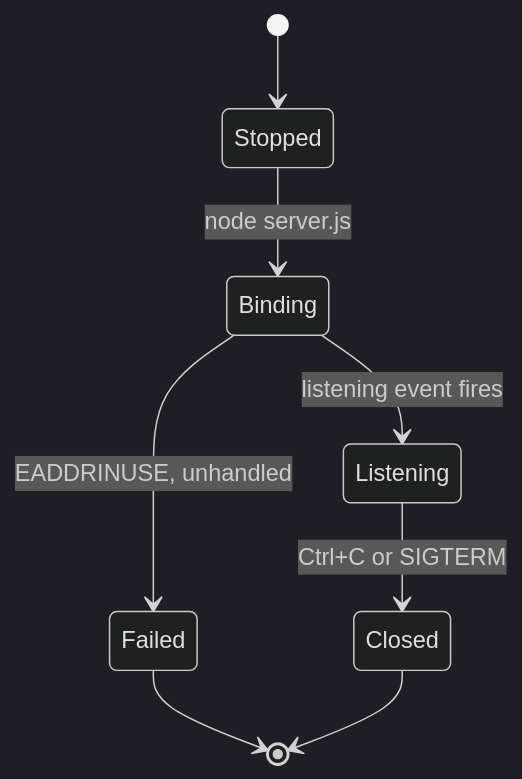
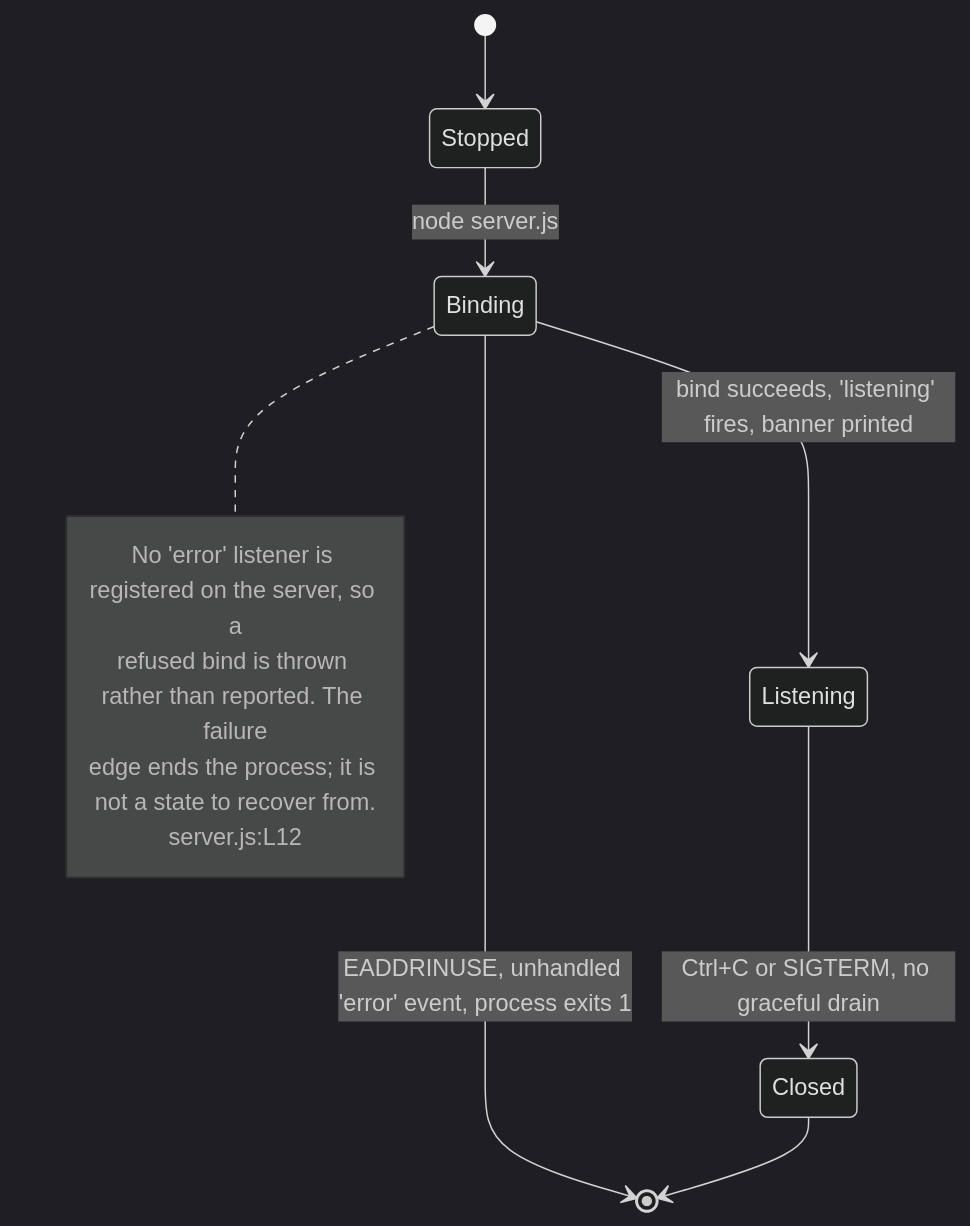
The third of 3 diagrams in docs/architecture/overview.md (Sandeep01Kumar/existing-projects-qa-test-03-dec), drawn with Mermaid (dark theme) before and after one commit. The commit also changed other lines of this file, not shown here.

````diff
--- a/docs/architecture/overview.md
+++ b/docs/architecture/overview.md
@@ -89,10 +201,15 @@
 ```mermaid
 stateDiagram-v2
     [*] --> Stopped
     Stopped --> Binding : node server.js
-    Binding --> Listening : listening event fires
-    Binding --> Failed : EADDRINUSE, unhandled
-    Listening --> Closed : Ctrl+C or SIGTERM
-    Failed --> [*]
+    Binding --> Listening : bind succeeds, 'listening' fires, banner printed
+    Binding --> [*] : EADDRINUSE, unhandled 'error' event, process exits 1
+    Listening --> Closed : Ctrl+C or SIGTERM, no graceful drain
     Closed --> [*]
+    note right of Binding
+        No 'error' listener is registered on the server, so a
+        refused bind is thrown rather than reported. The failure
+        edge ends the process; it is not a state to recover from.
+        server.js:L12
+    end note
 ```
````
